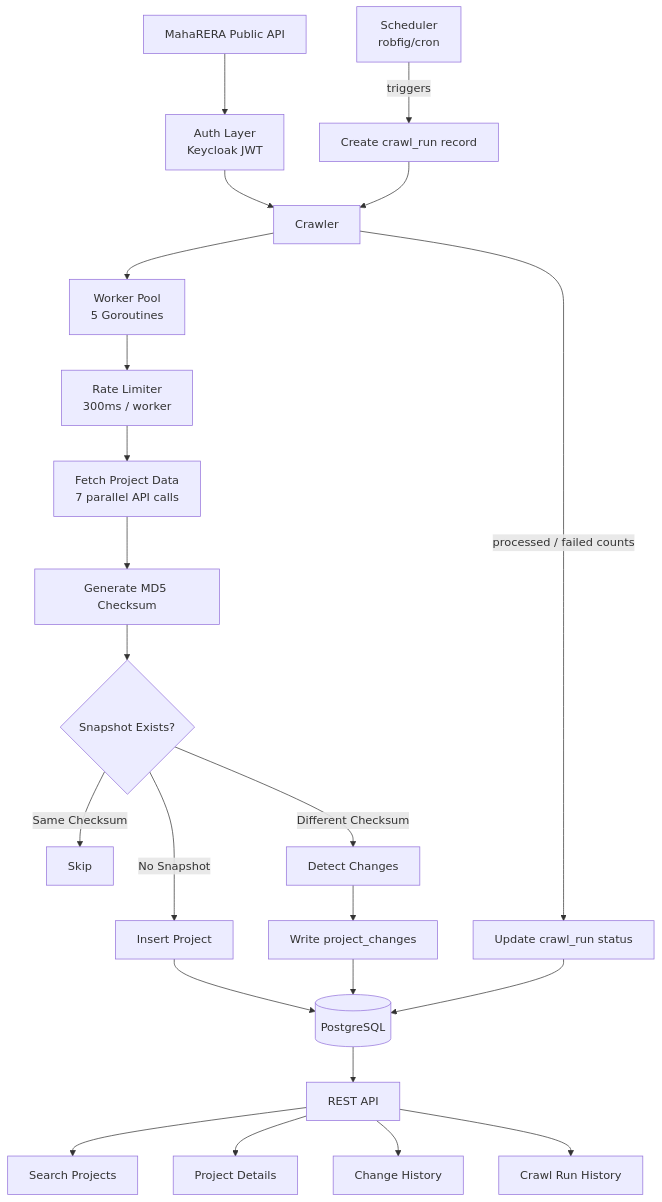
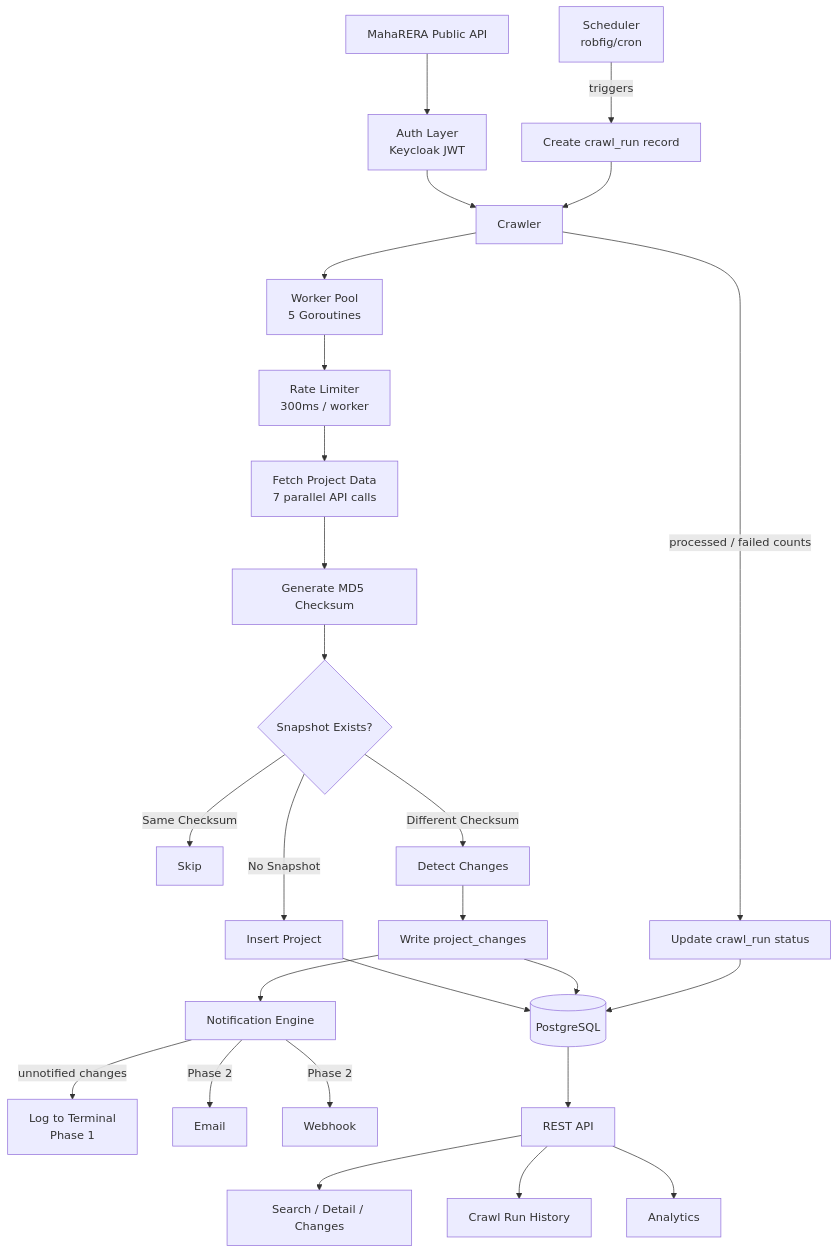
One commit to AadithS13/InfraLens changed the first of 3 diagrams in README.md. Above: the diagram before and after it, drawn with Mermaid. The commit also changed other lines of this file and 12 other files, not shown here.

First line of the commit message:
feat: V4.5 analytics endpoints + V5 Phase 1 notification engine

````diff
--- a/README.md
+++ b/README.md
@@ -30,25 +32,28 @@
 ```mermaid
 flowchart TD
     A[MahaRERA Public API] --> B[Auth Layer\nKeycloak JWT]
     B --> C[Crawler]
     C --> D[Worker Pool\n5 Goroutines]
     D --> E[Rate Limiter\n300ms / worker]
     E --> F[Fetch Project Data\n7 parallel API calls]
     F --> G[Generate MD5 Checksum]
     G --> H{Snapshot Exists?}
     H -- Same Checksum --> I[Skip]
     H -- No Snapshot --> J[Insert Project]
     H -- Different Checksum --> K[Detect Changes]
     K --> L[Write project_changes]
     J --> M[(PostgreSQL)]
     L --> M
     SCHED[Scheduler\nrobfig/cron] -- triggers --> CR[Create crawl_run record]
     CR --> C
     C -- processed / failed counts --> UPD[Update crawl_run status]
     UPD --> M
+    L --> NOTIF[Notification Engine]
+    NOTIF -- unnotified changes --> NL[Log to Terminal\nPhase 1]
+    NOTIF -- Phase 2 --> EMAIL[Email]
+    NOTIF -- Phase 2 --> WEBHOOK[Webhook]
     M --> N[REST API]
-    N --> O[Search Projects]
-    N --> P[Project Details]
-    N --> Q[Change History]
+    N --> O[Search / Detail / Changes]
     N --> R[Crawl Run History]
+    N --> S[Analytics]
 ```
````
